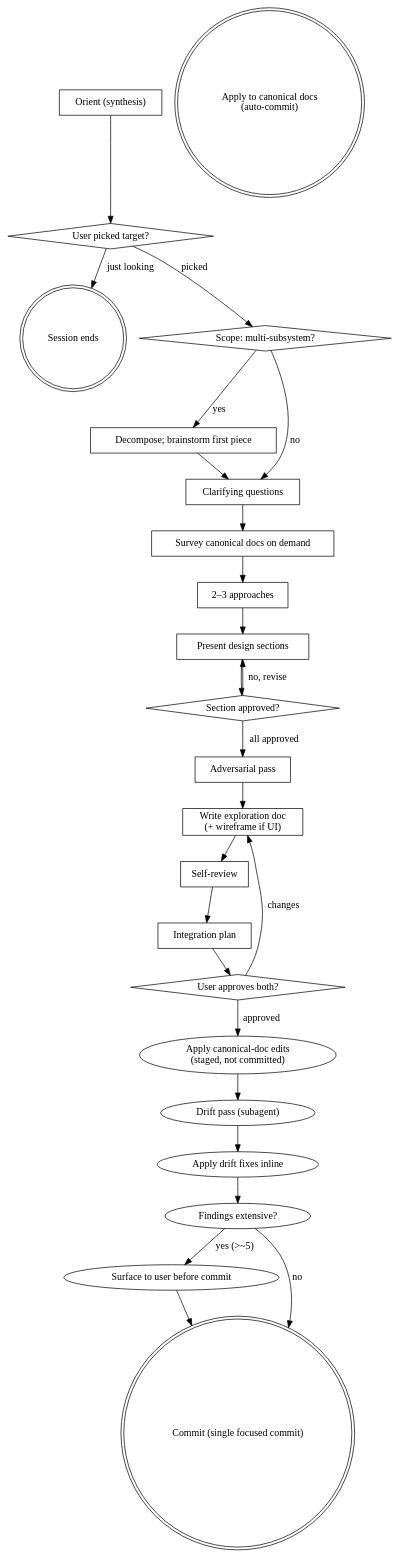
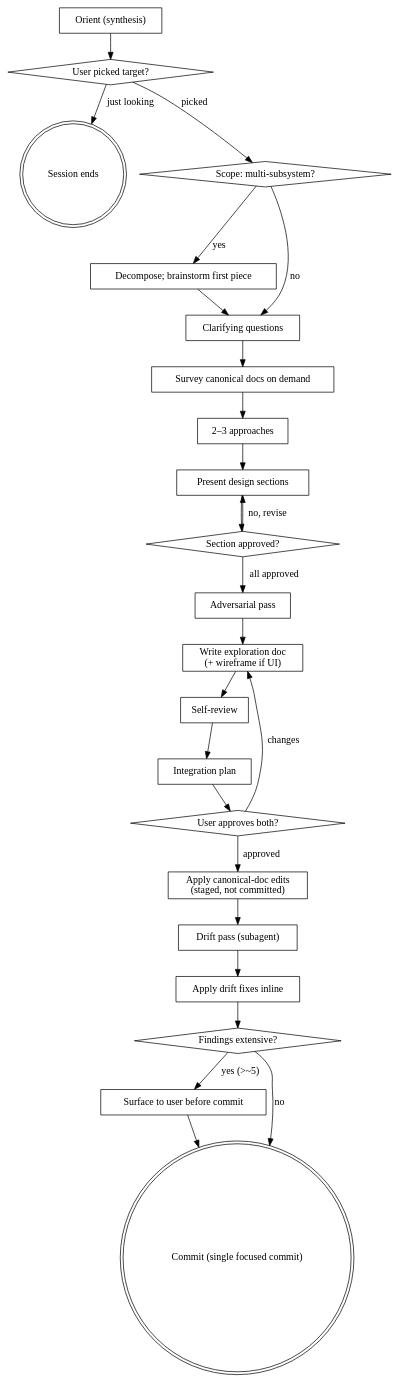
Before and after one commit to AventurasTeam/Aventuras: the diagram in .claude/skills/aventuras-design/SKILL.md, drawn with Graphviz.

Commit message:
chore(skills): clean up drift-pass diagram nodes
Previous commit (e6f1b14) declared the drift-pass terminal cluster
inline with a misplaced [shape=diamond] on an edge attribute.
Hoisted the node declarations to the top of the digraph (matching
the rest of the diagram's pattern), removed the orphaned old-flow
"Apply to canonical docs (auto-commit)" terminal, and stripped the
incorrect edge attribute. Diagram now parses cleanly.

````diff
--- a/.claude/skills/aventuras-design/SKILL.md
+++ b/.claude/skills/aventuras-design/SKILL.md
@@ -43,46 +43,50 @@
 ```dot
 digraph design_flow {
   "Orient (synthesis)" [shape=box];
   "User picked target?" [shape=diamond];
   "Session ends" [shape=doublecircle];
   "Scope: multi-subsystem?" [shape=diamond];
   "Decompose; brainstorm first piece" [shape=box];
   "Clarifying questions" [shape=box];
   "Survey canonical docs on demand" [shape=box];
   "2–3 approaches" [shape=box];
   "Present design sections" [shape=box];
   "Section approved?" [shape=diamond];
   "Adversarial pass" [shape=box];
   "Write exploration doc\n(+ wireframe if UI)" [shape=box];
   "Self-review" [shape=box];
   "Integration plan" [shape=box];
   "User approves both?" [shape=diamond];
-  "Apply to canonical docs\n(auto-commit)" [shape=doublecircle];
+  "Apply canonical-doc edits\n(staged, not committed)" [shape=box];
+  "Drift pass (subagent)" [shape=box];
+  "Apply drift fixes inline" [shape=box];
+  "Findings extensive?" [shape=diamond];
+  "Surface to user before commit" [shape=box];
+  "Commit (single focused commit)" [shape=doublecircle];
 
   "Orient (synthesis)" -> "User picked target?";
   "User picked target?" -> "Session ends" [label="just looking"];
   "User picked target?" -> "Scope: multi-subsystem?" [label="picked"];
   "Scope: multi-subsystem?" -> "Decompose; brainstorm first piece" [label="yes"];
   "Scope: multi-subsystem?" -> "Clarifying questions" [label="no"];
   "Decompose; brainstorm first piece" -> "Clarifying questions";
   "Clarifying questions" -> "Survey canonical docs on demand";
   "Survey canonical docs on demand" -> "2–3 approaches";
   "2–3 approaches" -> "Present design sections";
   "Present design sections" -> "Section approved?";
   "Section approved?" -> "Present design sections" [label="no, revise"];
   "Section approved?" -> "Adversarial pass" [label="all approved"];
   "Adversarial pass" -> "Write exploration doc\n(+ wireframe if UI)";
   "Write exploration doc\n(+ wireframe if UI)" -> "Self-review";
   "Self-review" -> "Integration plan";
   "Integration plan" -> "User approves both?";
   "User approves both?" -> "Write exploration doc\n(+ wireframe if UI)" [label="changes"];
   "User approves both?" -> "Apply canonical-doc edits\n(staged, not committed)" [label="approved"];
   "Apply canonical-doc edits\n(staged, not committed)" -> "Drift pass (subagent)";
   "Drift pass (subagent)" -> "Apply drift fixes inline";
-  "Apply drift fixes inline" -> "Findings extensive?" [shape=diamond];
+  "Apply drift fixes inline" -> "Findings extensive?";
   "Findings extensive?" -> "Surface to user before commit" [label="yes (>~5)"];
   "Findings extensive?" -> "Commit (single focused commit)" [label="no"];
   "Surface to user before commit" -> "Commit (single focused commit)";
-  "Commit (single focused commit)" [shape=doublecircle];
 }
 ```
````
